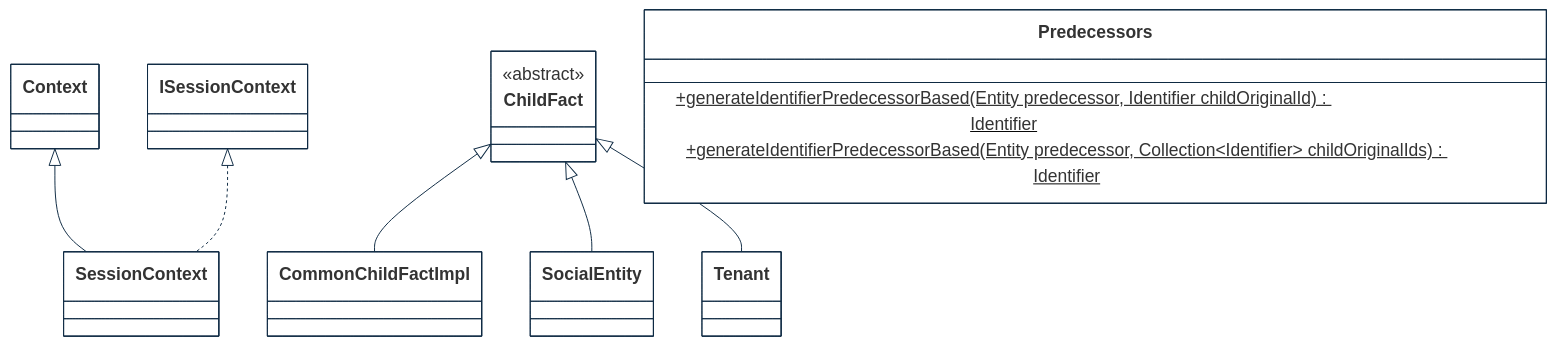
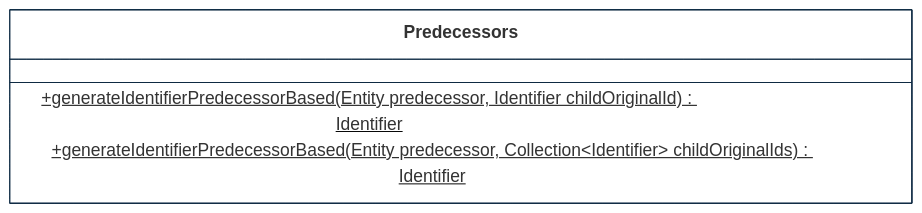
One commit to cybnity/foundation changed the fourth of 7 diagrams in implementations-line/framework/domain/designview-packages.md. Above: the diagram before and after it, drawn with Mermaid. The commit also changed other lines of this file, not shown here.

````diff
--- a/implementations-line/framework/domain/designview-packages.md
+++ b/implementations-line/framework/domain/designview-packages.md
@@ -106,36 +141,25 @@
 ```mermaid
 %%{
   init: {
     'theme': 'base',
     'themeVariables': {
         'background': '#ffffff',
         'fontFamily': 'arial',
         'fontSize': '18px',
         'primaryColor': '#fff',
         'primaryBorderColor': '#0e2a43',
         'secondaryBorderColor': '#0e2a43',
         'tertiaryBorderColor': '#0e2a43',
         'edgeLabelBackground':'#0e2a43',
         'lineColor': '#0e2a43',
         'tertiaryColor': '#fff'
     }
   }
 }%%
 classDiagram
-    Context <|-- SessionContext
-    ISessionContext <|.. SessionContext
-    ChildFact <|-- CommonChildFactImpl
-    ChildFact <|-- SocialEntity
-    ChildFact <|-- Tenant
-
-    class ChildFact {
-        <<abstract>>
-    }
-    class Tenant {
-    }
     class Predecessors {
         +generateIdentifierPredecessorBased(Entity predecessor, Identifier childOriginalId)$ Identifier
         +generateIdentifierPredecessorBased(Entity predecessor, Collection~Identifier~ childOriginalIds)$ Identifier
     }
 
 ```
````
